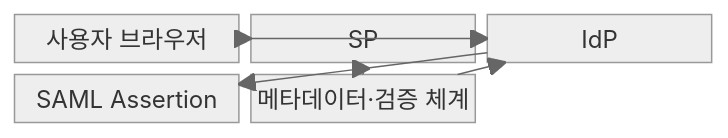
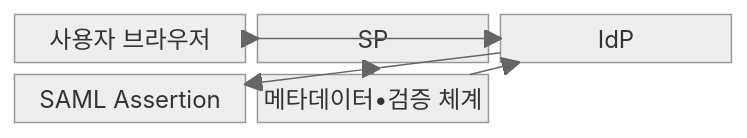
The first of 2 diagrams in src/content/docs/notes/05-security/058_saml.md (agnusdei1207/knowledge-base), drawn with Mermaid (neutral theme) before and after one commit. The commit also changed other lines of this file and 953 other files, not shown here.

````diff
--- a/src/content/docs/notes/05-security/058_saml.md
+++ b/src/content/docs/notes/05-security/058_saml.md
@@ -64,14 +64,14 @@
 ```mermaid
 block-beta
   columns 3
   A["사용자 브라우저"]
   B["SP"]
   C["IdP"]
   D["SAML Assertion"]
-  E["메타데이터·검증 체계"]
+  E["메타데이터•검증 체계"]
     A --> B
     A --> C
     C --> D
     E --> B
     E --> C
 ```
````
